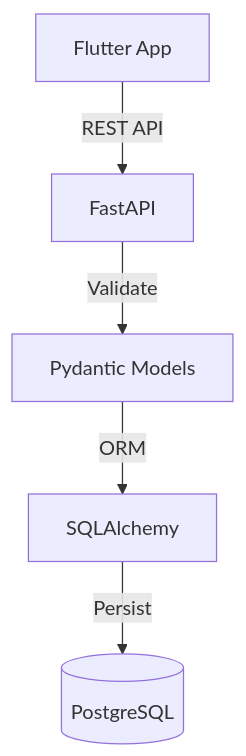
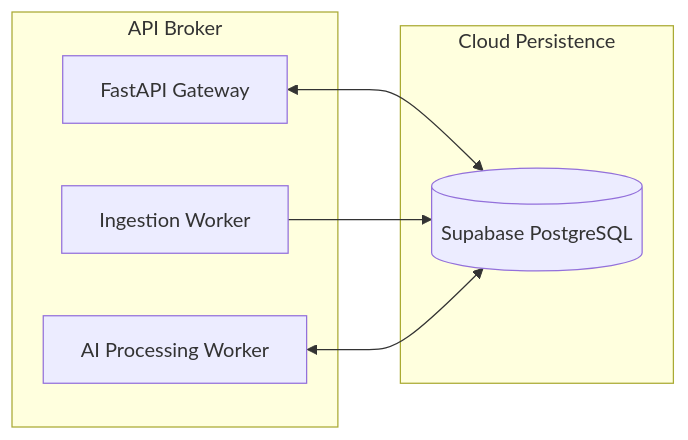
The diagram in backend/readme.md (vmalani27/Uni-Dash_Reborn), drawn with Mermaid before and after one commit. The commit also changed other lines of this file and 28 other files, not shown here.

````diff
--- a/backend/readme.md
+++ b/backend/readme.md
@@ -7,7 +15,16 @@
 ```mermaid
-graph TD
-    FlutterApp[Flutter App] -->|REST API| FastAPI
-    FastAPI -->|Validate| Pydantic[Pydantic Models]
-    Pydantic -->|ORM| SQLAlchemy
-    SQLAlchemy -->|Persist| DB[(PostgreSQL)]
+graph LR
+    subgraph Edge_Node[API Broker]
+        FastAPI[FastAPI Gateway]
+        Ingestion[Ingestion Worker]
+        AI_Worker[AI Processing Worker]
+    end
+    
+    subgraph Storage[Cloud Persistence]
+        DB[(Supabase PostgreSQL)]
+    end
+    
+    FastAPI <--> DB
+    Ingestion --> DB
+    AI_Worker <--> DB
 ```
````
